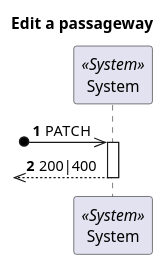
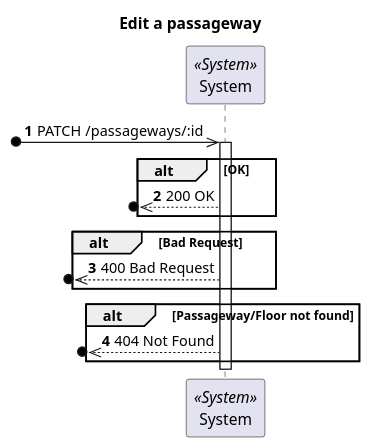
The diagram in docs/Vista Processo/US250/ProcessView_Level1_US250.puml (1210910/lapr5), drawn with PlantUML before and after one commit. The commit also changed 14 other files, not shown here.

```diff
--- a/docs/Vista Processo/US250/ProcessView_Level1_US250.puml
+++ b/docs/Vista Processo/US250/ProcessView_Level1_US250.puml
@@ -1,18 +1,26 @@
 @startuml
 'https://plantuml.com/sequence-diagram
 
 autonumber
 skinparam packageStyle rect
 
 title Edit a passageway
 
 participant "System" as Sys <<System>>
 
-?o->> Sys : PATCH
+?o->> Sys : PATCH /passageways/:id
 
 activate Sys
-?o<<-- Sys : 200|400
+alt OK
+   ?o<<--Sys : 200 OK
+end
+alt Bad Request
+   ?o<<--Sys : 400 Bad Request
+end
+alt Passageway/Floor not found
+   ?o<<--Sys : 404 Not Found
+end
 deactivate Sys
 
 
 @enduml
```
